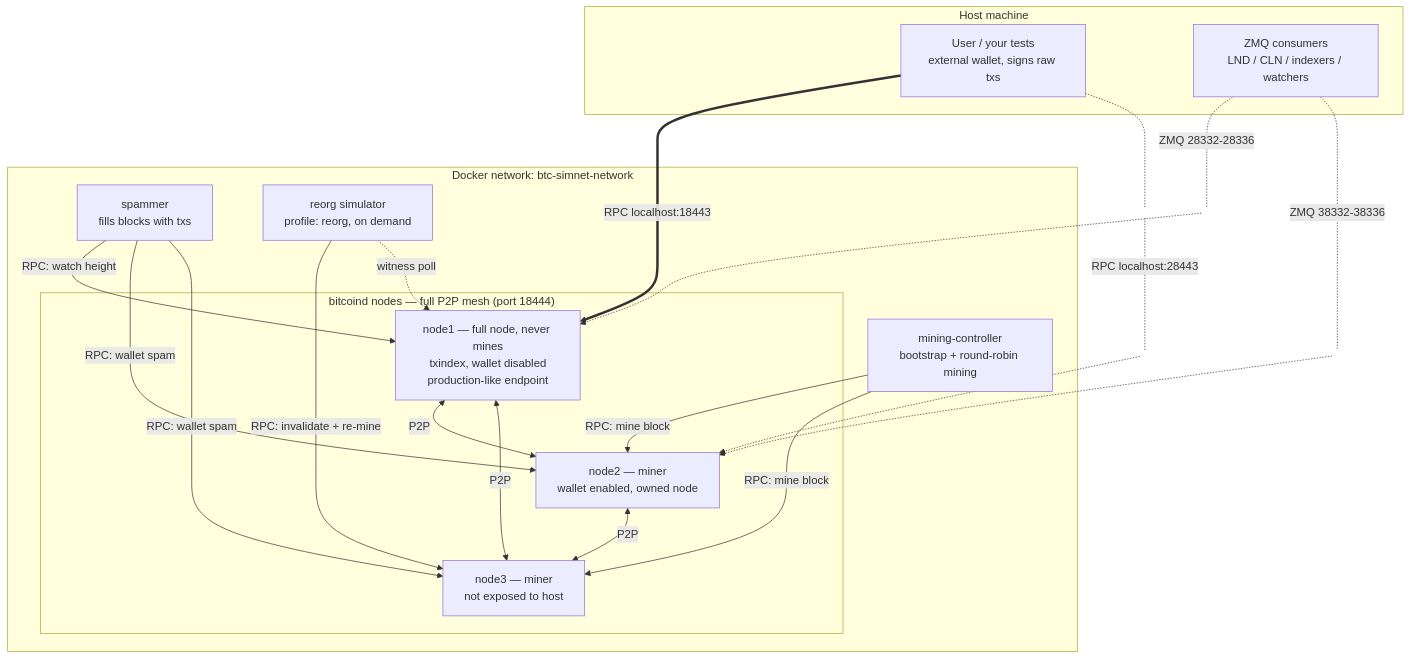
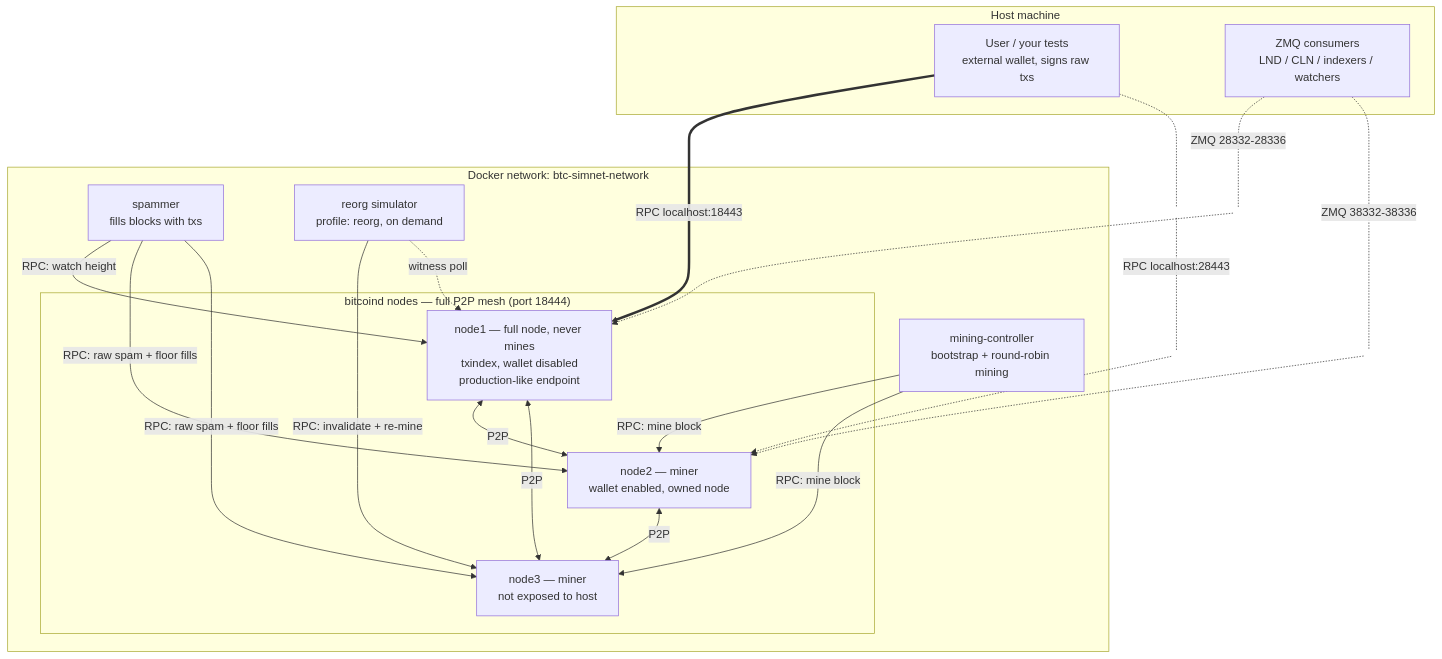
One commit to danielemiliogarcia/simchain changed the first of 2 diagrams in README.md. Above: the diagram before and after it, drawn with Mermaid. The commit also changed other lines of this file and 7 other files, not shown here.

````diff
--- a/README.md
+++ b/README.md
@@ -66,50 +70,50 @@
 ```mermaid
 flowchart TB
     subgraph host["Host machine"]
         user["User / your tests<br/>external wallet, signs raw txs"]
         zmqc["ZMQ consumers<br/>LND / CLN / indexers / watchers"]
     end
 
     subgraph net["Docker network: btc-simnet-network"]
         subgraph mesh["bitcoind nodes — full P2P mesh (port 18444)"]
             n1["node1 — full node, never mines<br/>txindex, wallet disabled<br/>production-like endpoint"]
             n2["node2 — miner<br/>wallet enabled, owned node"]
             n3["node3 — miner<br/>not exposed to host"]
         end
         mc["mining-controller<br/>bootstrap + round-robin mining"]
         sp["spammer<br/>fills blocks with txs"]
         rg["reorg simulator<br/>profile: reorg, on demand"]
     end
 
     %% Invisible waypoints pull the host arrows apart so each port label
     %% sits near the host boxes in open space instead of tangling with the
     %% other arrows.
     zmq1(( )):::waypoint
     rpc2a(( )):::waypoint
     rpc2(( )):::waypoint
     zmq2(( )):::waypoint
 
     user ==>|"RPC localhost:18443"| n1
     zmqc -.-|"ZMQ 28332-28336"| zmq1
     zmq1 -.-> n1
 
     user -.- rpc2a
     rpc2a -.-|"RPC localhost:28443"| rpc2
     rpc2 -.-> n2
     zmqc -.-|"ZMQ 38332-38336"| zmq2
     zmq2 -.-> n2
 
     n1 <-->|P2P| n2
     n1 <-->|P2P| n3
     n2 <-->|P2P| n3
 
     mc -->|"RPC: mine block"| n2
     mc -->|"RPC: mine block"| n3
     sp -->|"RPC: watch height"| n1
-    sp -->|"RPC: wallet spam"| n2
-    sp -->|"RPC: wallet spam"| n3
+    sp -->|"RPC: raw spam + floor fills"| n2
+    sp -->|"RPC: raw spam + floor fills"| n3
     rg -->|"RPC: invalidate + re-mine"| n3
     rg -.->|"witness poll"| n1
 
     classDef waypoint width:0px,height:0px,fill:none,stroke:none
 ```
````
